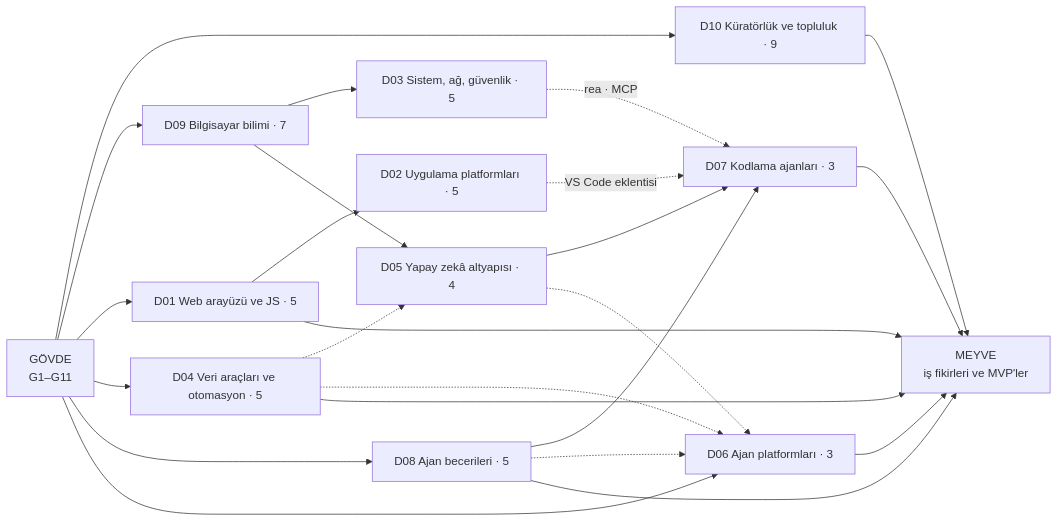
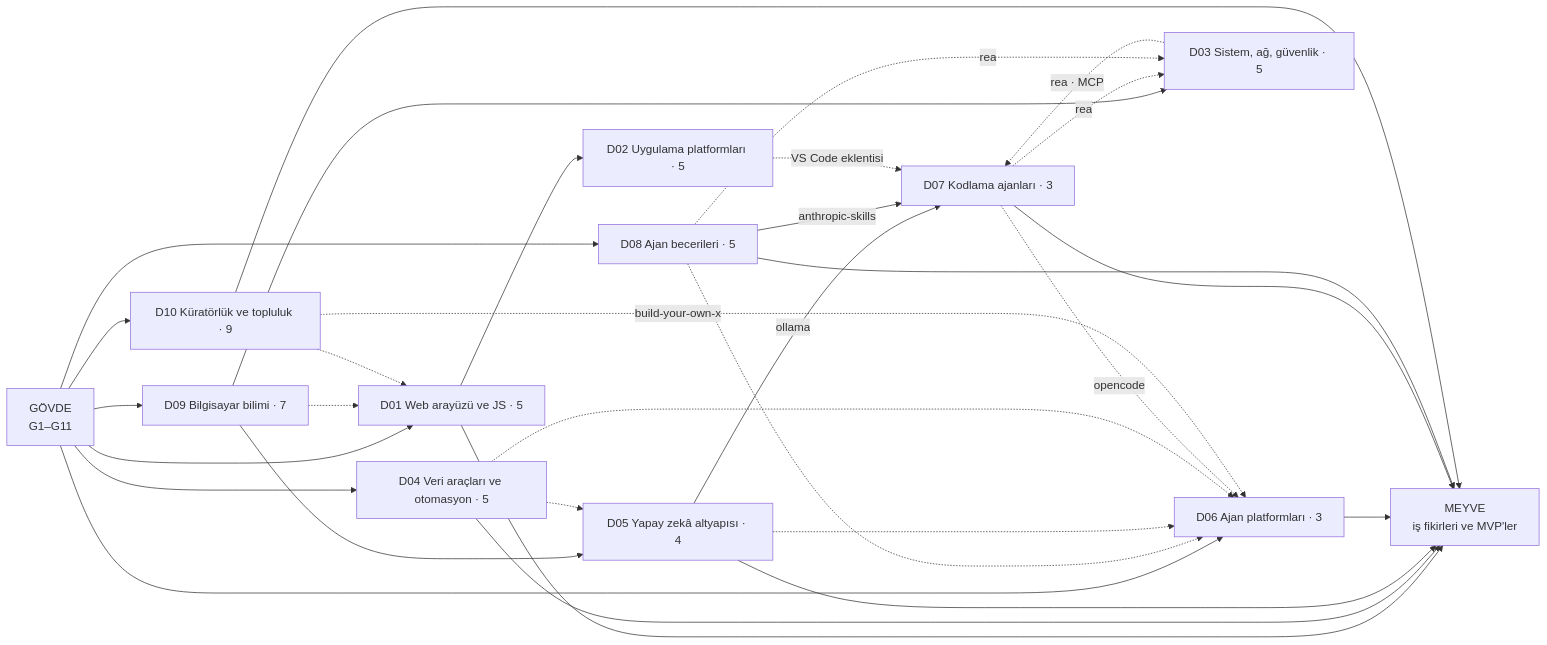
Before and after one commit to yilmazfatih-cyber/Deneme: the first of 2 diagrams in repo-atlasi/AGAC.md, drawn with Mermaid. The commit also changed other lines of this file and 43 other files, not shown here.

````diff
--- a/repo-atlasi/AGAC.md
+++ b/repo-atlasi/AGAC.md
@@ -36,27 +38,34 @@
 ```mermaid
 flowchart LR
   G["GÖVDE<br/>G1–G11"]
   G --> D10["D10 Küratörlük ve topluluk · 9"]
   G --> D09["D09 Bilgisayar bilimi · 7"]
   G --> D01["D01 Web arayüzü ve JS · 5"]
   G --> D04["D04 Veri araçları ve otomasyon · 5"]
   G --> D08["D08 Ajan becerileri · 5"]
   G --> D06["D06 Ajan platformları · 3"]
   D01 --> D02["D02 Uygulama platformları · 5"]
   D09 --> D03["D03 Sistem, ağ, güvenlik · 5"]
   D09 --> D05["D05 Yapay zekâ altyapısı · 4"]
   D04 -.-> D05
-  D05 --> D07["D07 Kodlama ajanları · 3"]
-  D08 --> D07
+  D05 -- "ollama" --> D07["D07 Kodlama ajanları · 3"]
+  D08 -- "anthropic-skills" --> D07
   D08 -.-> D06
   D05 -.-> D06
   D04 -.-> D06
   D02 -. "VS Code eklentisi" .-> D07
   D03 -. "rea · MCP" .-> D07
+  D07 -. "rea" .-> D03
+  D08 -. "rea" .-> D03
+  D07 -. "opencode" .-> D06
+  D10 -. "build-your-own-x" .-> D06
+  D09 -.-> D01
+  D10 -.-> D01
   D01 --> M["MEYVE<br/>iş fikirleri ve MVP'ler"]
   D04 --> M
+  D05 --> M
   D06 --> M
   D07 --> M
   D08 --> M
   D10 --> M
 ```
````
